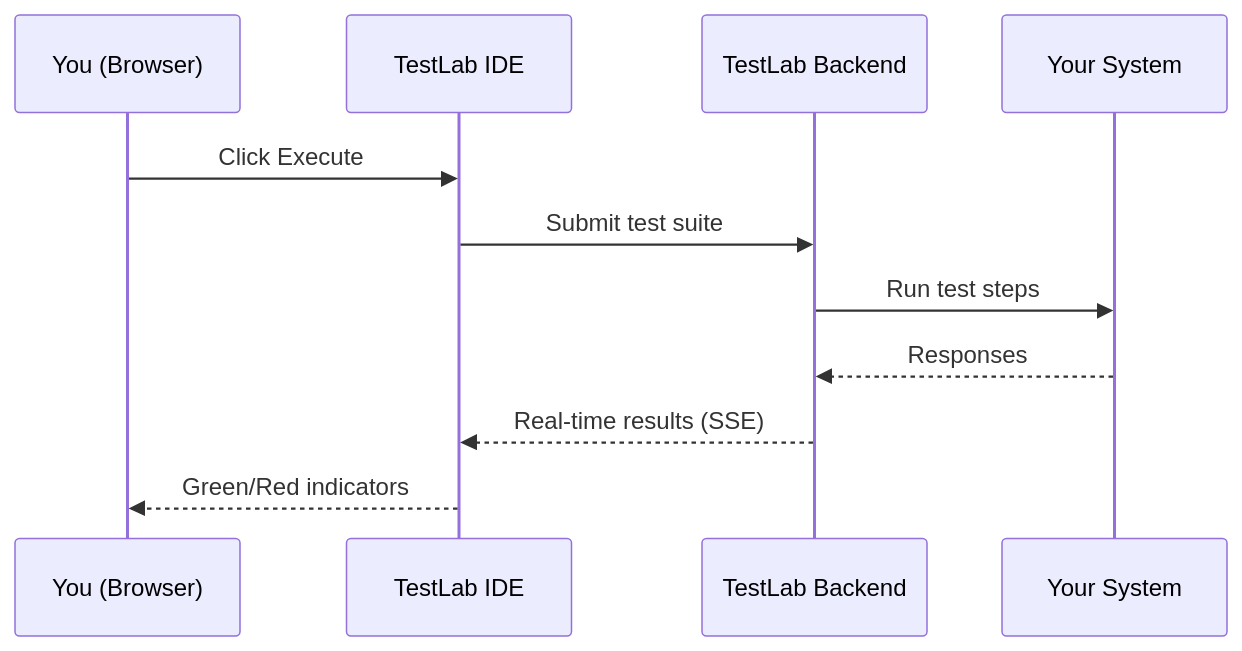
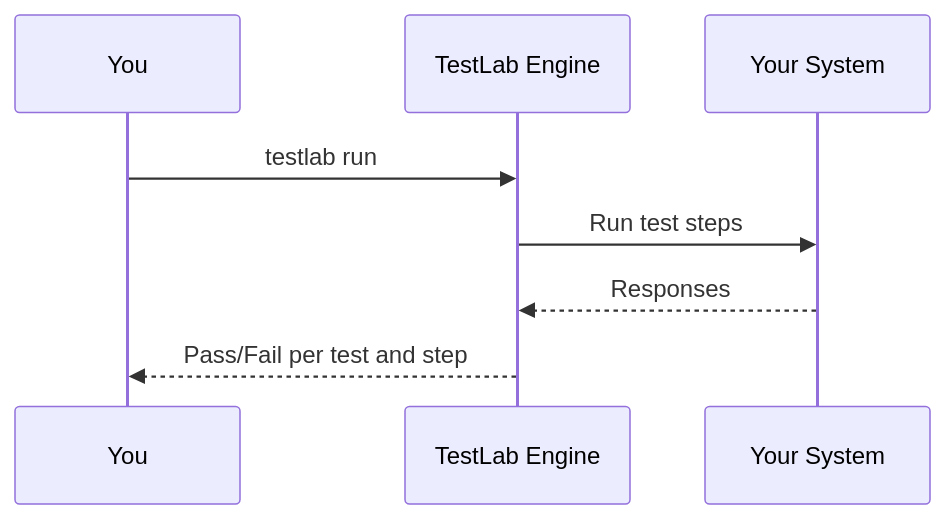
Before and after one commit to eclipse-tractusx/tractusx-testlab: the second of 2 diagrams in docs/tutorials/ccm-business-guide.md, drawn with Mermaid. The commit also changed other lines of this file and 155 other files, not shown here.

````diff
--- a/docs/tutorials/ccm-business-guide.md
+++ b/docs/tutorials/ccm-business-guide.md
@@ -110,14 +109,11 @@
 ```mermaid
 sequenceDiagram
-    participant You as You (Browser)
-    participant IDE as TestLab IDE
-    participant Backend as TestLab Backend
+    participant You as You
+    participant TestLab as TestLab Engine
     participant SUT as Your System
 
-    You->>IDE: Click Execute
-    IDE->>Backend: Submit test suite
-    Backend->>SUT: Run test steps
-    SUT-->>Backend: Responses
-    Backend-->>IDE: Real-time results (SSE)
-    IDE-->>You: Green/Red indicators
+    You->>TestLab: testlab run
+    TestLab->>SUT: Run test steps
+    SUT-->>TestLab: Responses
+    TestLab-->>You: Pass/Fail per test and step
 ```
````
